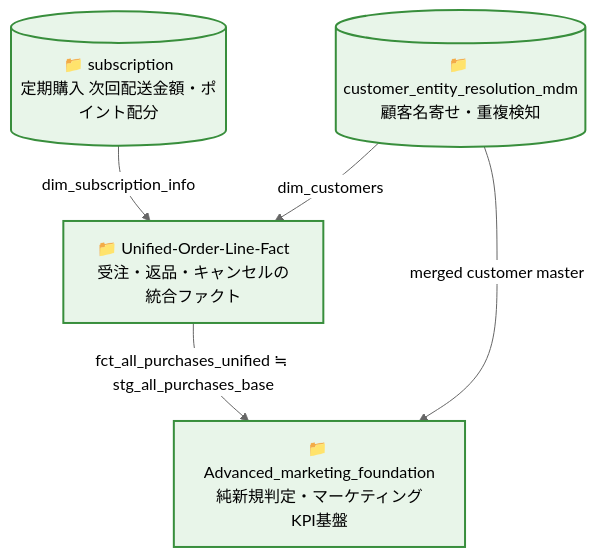
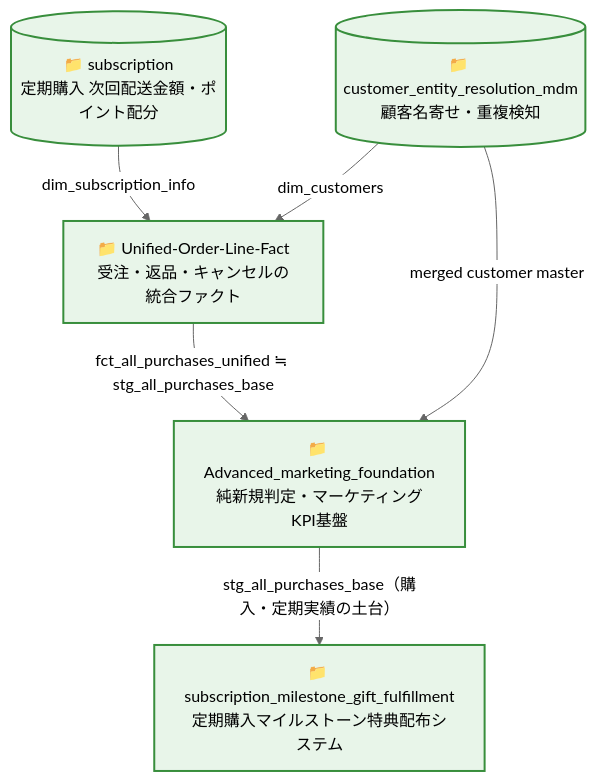
One commit to gamohara/sql-design-thinking changed the diagram in README.md. Above: the diagram before and after it, drawn with Mermaid (neutral theme). The commit also changed other lines of this file and 42 other files, not shown here.

First line of the commit message:
Add subscription_milestone_gift_fulfillment business case (20 queries)

````diff
--- a/README.md
+++ b/README.md
@@ -108,17 +108,20 @@
 ```mermaid
 graph TD
     subsc[("📁 subscription<br/>定期購入 次回配送金額・ポイント配分")]:::case
     mdm[("📁 customer_entity_resolution_mdm<br/>顧客名寄せ・重複検知")]:::case
 
     subsc -->|dim_subscription_info| uolf
     mdm -->|dim_customers| uolf
 
     uolf["📁 Unified-Order-Line-Fact<br/>受注・返品・キャンセルの統合ファクト"]:::case
     uolf -->|"fct_all_purchases_unified ≒ stg_all_purchases_base"| amf
 
     mdm -->|merged customer master| amf
 
     amf["📁 Advanced_marketing_foundation<br/>純新規判定・マーケティングKPI基盤"]:::case
+    amf -->|"stg_all_purchases_base（購入・定期実績の土台）"| smgf
+
+    smgf["📁 subscription_milestone_gift_fulfillment<br/>定期購入マイルストーン特典配布システム"]:::case
 
     classDef case fill:#e8f5e9,stroke:#388e3c,stroke-width:2px;
 ```
````
